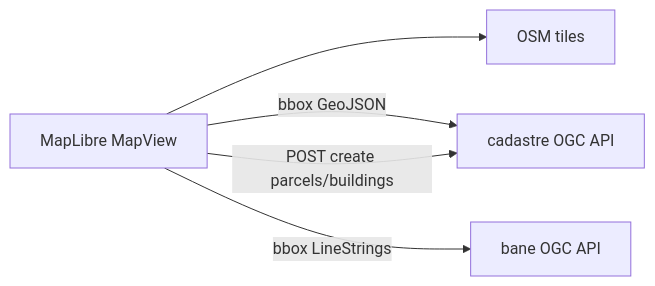
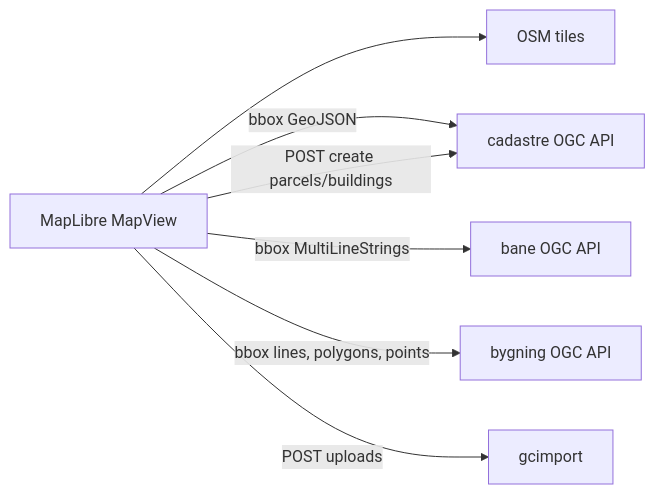
One commit to kartverket/topografisk-gdb-api changed the fifth of 6 diagrams in docs/ARCHITECTURE.md. Above: the diagram before and after it, drawn with Mermaid. The commit also changed other lines of this file and 4 other files, not shown here.

````diff
--- a/docs/ARCHITECTURE.md
+++ b/docs/ARCHITECTURE.md
@@ -139,12 +141,15 @@
 ```mermaid
 flowchart LR
   MV[MapLibre MapView]
   OSM[OSM tiles]
   CAD[cadastre OGC API]
   BANE[bane OGC API]
+  BYG[bygning OGC API]
 
   MV --> OSM
   MV -->|bbox GeoJSON| CAD
-  MV -->|bbox LineStrings| BANE
+  MV -->|bbox MultiLineStrings| BANE
+  MV -->|bbox lines, polygons, points| BYG
   MV -->|POST create parcels/buildings| CAD
+  MV -->|POST uploads| GCI[gcimport]
 ```
````
